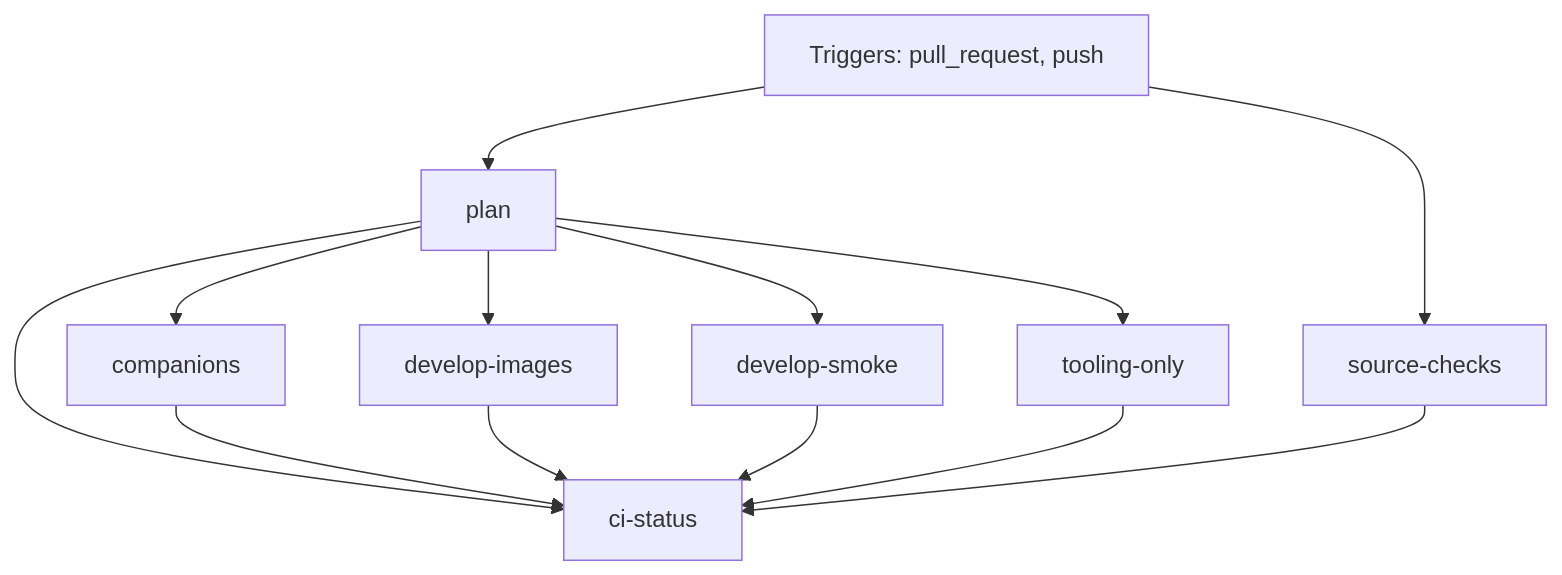
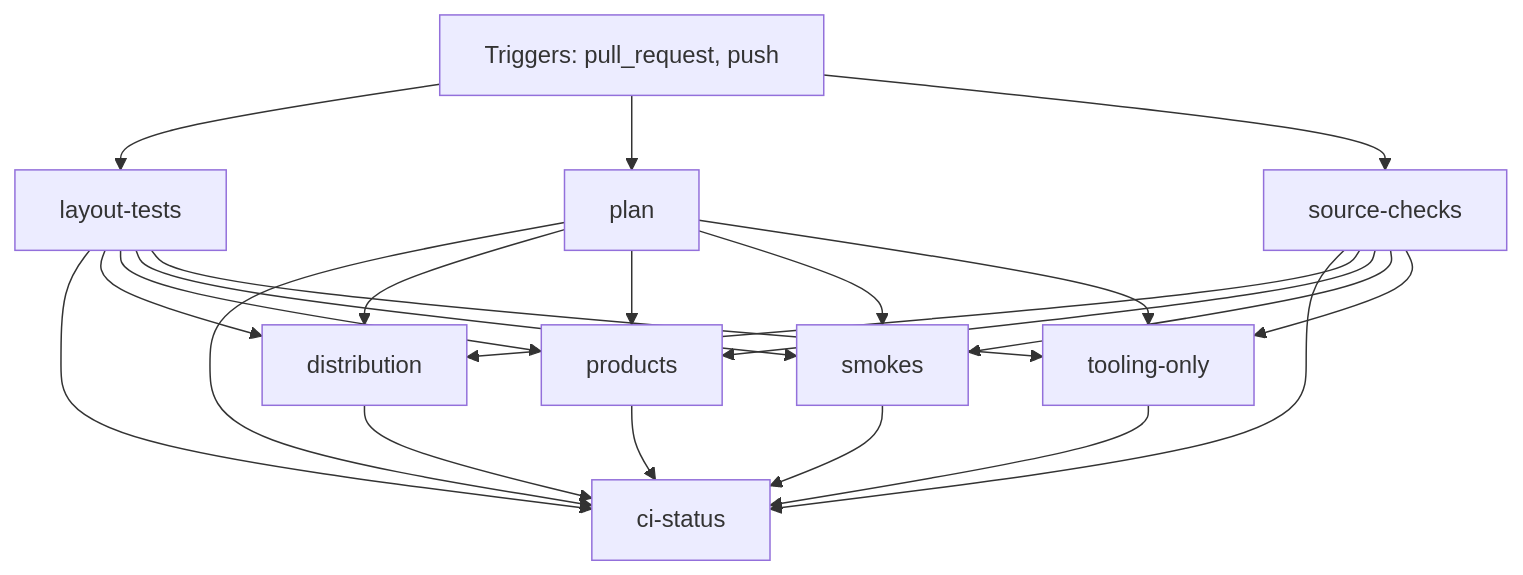
One commit to FrenchExDev2/QuietCli.PoSh changed the diagram in docs/ci/github/script-companions-ci.md. Above: the diagram before and after it, drawn with Mermaid. The commit also changed other lines of this file and 719 other files, not shown here.

```diff
--- a/docs/ci/github/script-companions-ci.md
+++ b/docs/ci/github/script-companions-ci.md
@@ -43,23 +30,34 @@
 ~~~mermaid
 flowchart TD
     event["Triggers: pull_request, push"]
     job_ci_status["ci-status"]
-    job_companions["companions"]
-    job_develop_images["develop-images"]
-    job_develop_smoke["develop-smoke"]
+    job_distribution["distribution"]
+    job_layout_tests["layout-tests"]
     job_plan["plan"]
+    job_products["products"]
+    job_smokes["smokes"]
     job_source_checks["source-checks"]
     job_tooling_only["tooling-only"]
     job_plan --> job_ci_status
     job_source_checks --> job_ci_status
-    job_companions --> job_ci_status
+    job_layout_tests --> job_ci_status
+    job_products --> job_ci_status
+    job_smokes --> job_ci_status
     job_tooling_only --> job_ci_status
-    job_develop_smoke --> job_ci_status
-    job_develop_images --> job_ci_status
-    job_plan --> job_companions
-    job_plan --> job_develop_images
-    job_plan --> job_develop_smoke
+    job_distribution --> job_ci_status
+    job_plan --> job_distribution
+    job_source_checks --> job_distribution
+    job_layout_tests --> job_distribution
+    event --> job_layout_tests
     event --> job_plan
+    job_plan --> job_products
+    job_source_checks --> job_products
+    job_layout_tests --> job_products
+    job_plan --> job_smokes
+    job_source_checks --> job_smokes
+    job_layout_tests --> job_smokes
     event --> job_source_checks
     job_plan --> job_tooling_only
+    job_source_checks --> job_tooling_only
+    job_layout_tests --> job_tooling_only
 ~~~
```
